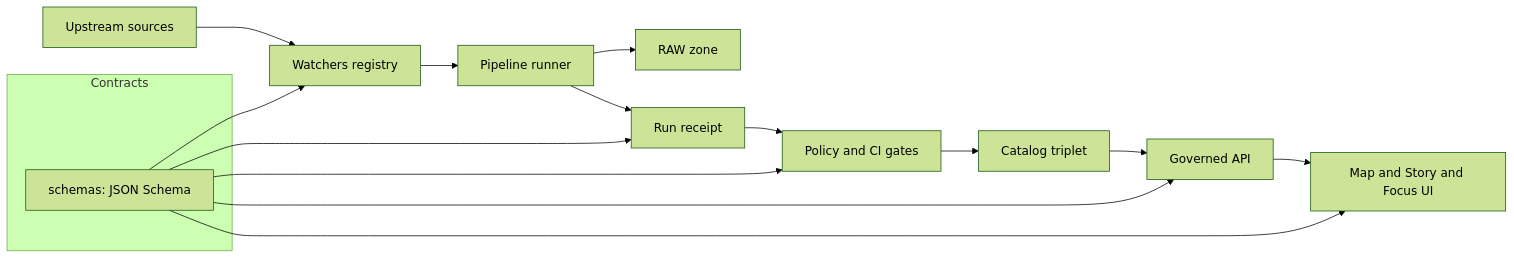
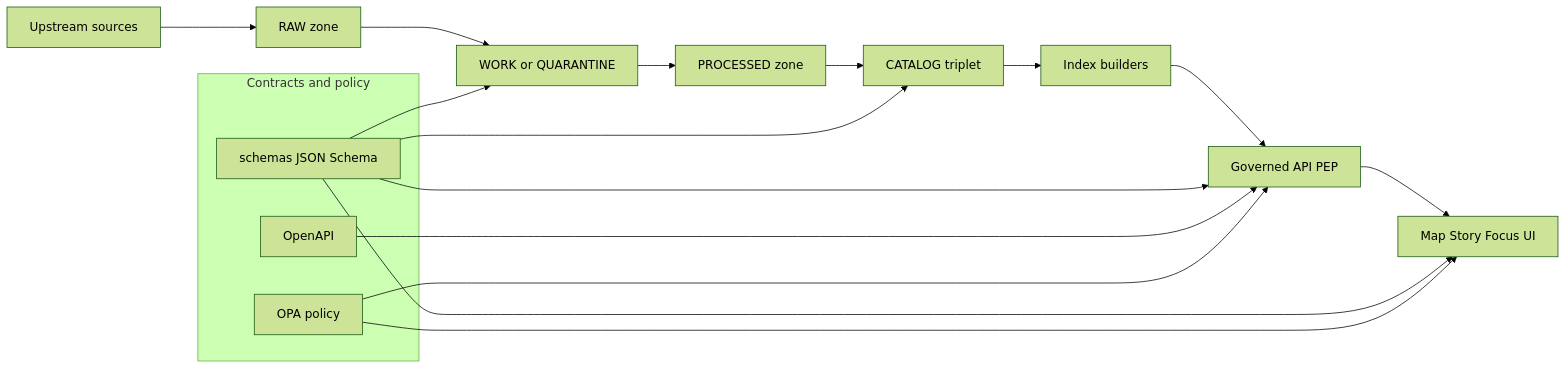
The diagram in schemas/README.md (bartytime4life/Kansas-Frontier-Matrix), drawn with Mermaid (forest theme) before and after one commit. The commit also changed other lines of this file, not shown here.

````diff
--- a/schemas/README.md
+++ b/schemas/README.md
@@ -65,21 +82,24 @@
 ```mermaid
 flowchart LR
-  Upstream[Upstream sources] --> Watchers[Watchers registry]
-  Watchers --> Runner[Pipeline runner]
-  Runner --> Raw[RAW zone]
-  Runner --> Receipt[Run receipt]
-  Receipt --> Gates[Policy and CI gates]
-  Gates --> Catalog[Catalog triplet]
-  Catalog --> API[Governed API]
-  API --> UI[Map and Story and Focus UI]
+  Upstream[Upstream sources] --> RAW[RAW zone]
+  RAW --> WORK[WORK or QUARANTINE]
+  WORK --> PROCESSED[PROCESSED zone]
+  PROCESSED --> TRIPLET[CATALOG triplet]
+  TRIPLET --> INDEX[Index builders]
+  INDEX --> PEP[Governed API PEP]
+  PEP --> UI[Map Story Focus UI]
 
-  subgraph Contracts
-    Schemas[schemas: JSON Schema]
+  subgraph Contracts and policy
+    JS[schemas JSON Schema]
+    OA[OpenAPI]
+    OPA[OPA policy]
   end
 
-  Schemas --> Watchers
-  Schemas --> Receipt
-  Schemas --> Gates
-  Schemas --> API
-  Schemas --> UI
+  JS --> WORK
+  JS --> TRIPLET
+  JS --> PEP
+  JS --> UI
+  OA --> PEP
+  OPA --> PEP
+  OPA --> UI
 ```
````
